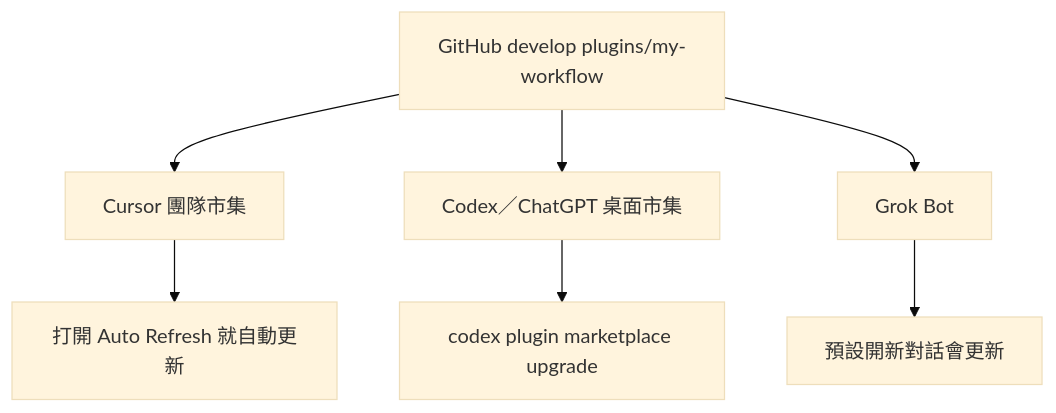
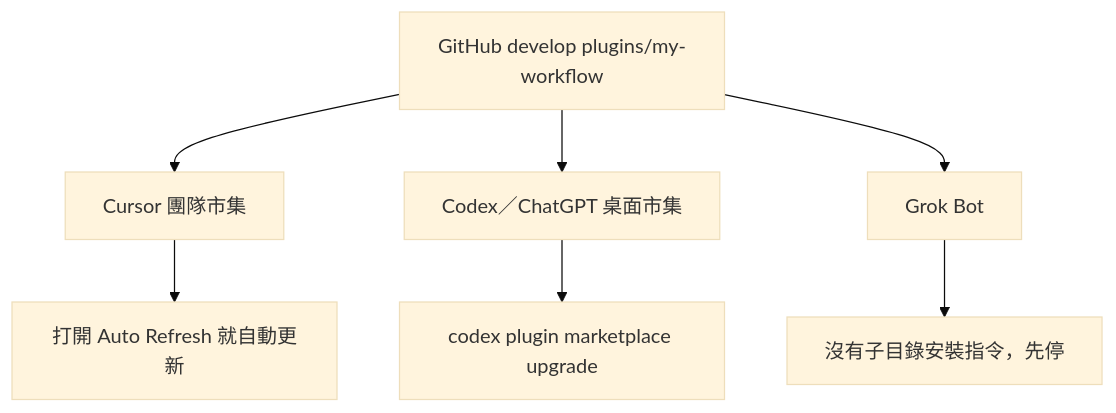
The diagram in plugins/my-workflow/README.md (VECTOR-COOL/my-agent-toolkit), drawn with Mermaid (base theme) before and after one commit. The commit also changed other lines of this file and 1 other file, not shown here.

First line of the commit message:
fix(plugin): Codex 市集清單與 Grok Bot 安裝說明

````diff
--- a/plugins/my-workflow/README.md
+++ b/plugins/my-workflow/README.md
@@ -13,9 +13,9 @@
 ```mermaid
 graph TD
   GH["GitHub develop plugins/my-workflow"] --> Cursor["Cursor 團隊市集"]
   GH --> Codex["Codex／ChatGPT 桌面市集"]
   GH --> Grok["Grok Bot"]
   Cursor --> Auto["打開 Auto Refresh 就自動更新"]
   Codex --> Up["codex plugin marketplace upgrade"]
-  Grok --> GrokUp["預設開新對話會更新"]
+  Grok --> Hold["沒有子目錄安裝指令，先停"]
 ```
````
